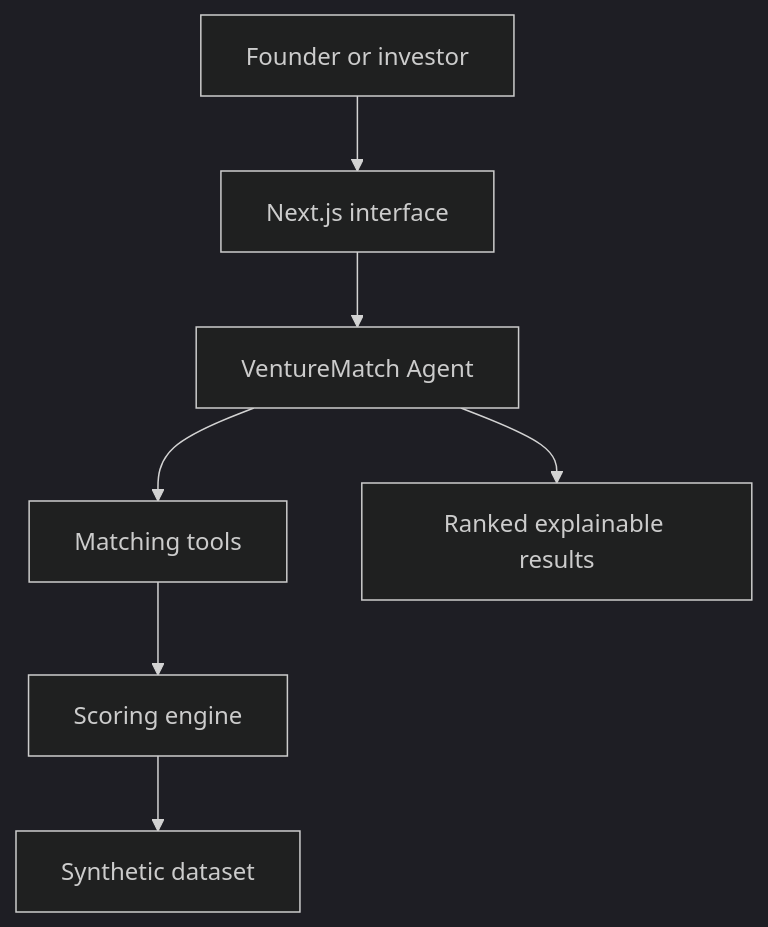
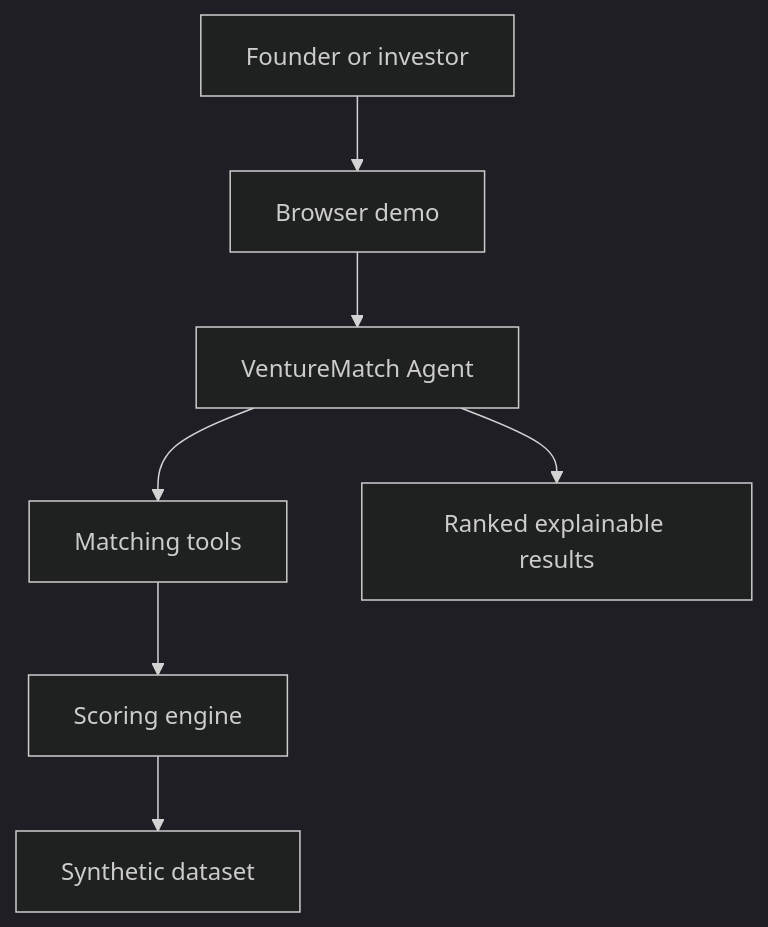
Before and after one commit to Dannyclops/venturematch-ai: the diagram in README.md, drawn with Mermaid (dark theme). The commit also changed other lines of this file and 7 other files, not shown here.

Commit message:
Add local founder and investor browser demo

````diff
--- a/README.md
+++ b/README.md
@@ -44,9 +44,9 @@
 ```mermaid
 flowchart TD
-    U[Founder or investor] --> W[Next.js interface]
+    U[Founder or investor] --> W[Browser demo]
     W --> A[VentureMatch Agent]
     A --> T[Matching tools]
     T --> E[Scoring engine]
     E --> D[Synthetic dataset]
     A --> R[Ranked explainable results]
 ```
````
